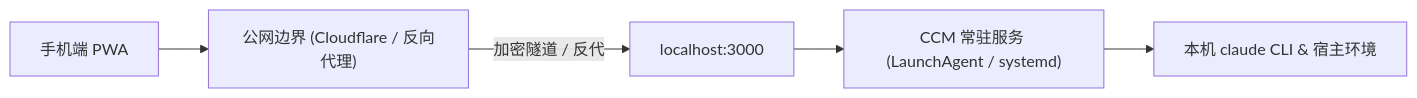
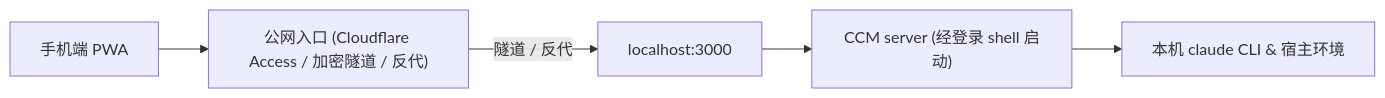
One commit to Ike-li/claude-chat-mobile changed the diagram in docs-site/pages/production-deploy.md. Above: the diagram before and after it, drawn with Mermaid. The commit also changed other lines of this file and 88 other files, not shown here.

````diff
--- a/docs-site/pages/production-deploy.md
+++ b/docs-site/pages/production-deploy.md
@@ -14,7 +14,7 @@
 ```mermaid
 flowchart LR
-  Phone["手机端 PWA"] --> PublicEdge["公网边界 (Cloudflare / 反向代理)"]
-  PublicEdge -->|"加密隧道 / 反代"| Local["localhost:3000"]
-  Local --> CCMServer["CCM 常驻服务 (LaunchAgent / systemd)"]
+  Phone["手机端 PWA"] --> PublicEdge["公网入口 (Cloudflare Access / 加密隧道 / 反代)"]
+  PublicEdge -->|"隧道 / 反代"| Local["localhost:3000"]
+  Local --> CCMServer["CCM server (经登录 shell 启动)"]
   CCMServer --> NativeCLI["本机 claude CLI & 宿主环境"]
 ```
````
